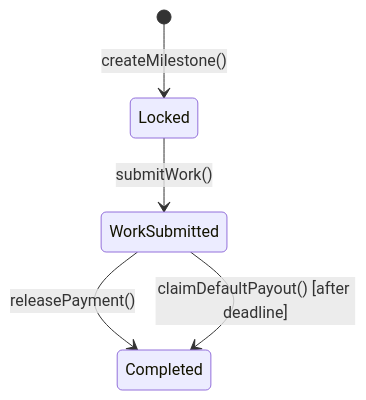
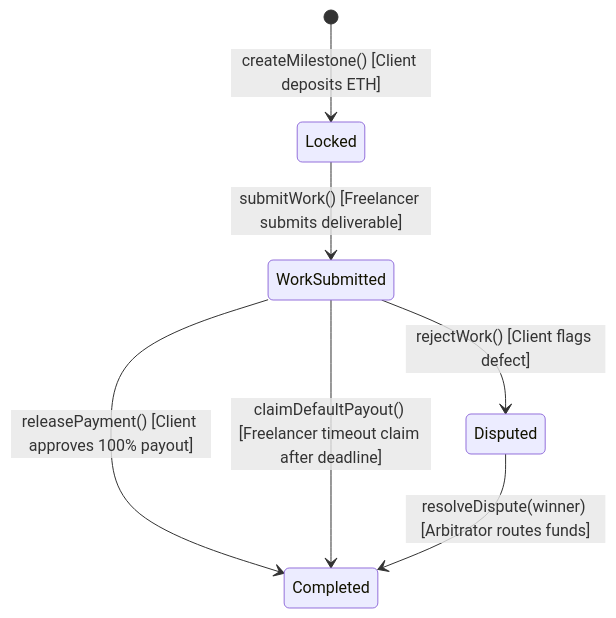
Before and after one commit to RITESH-RITU1/BlockchainProject: the diagram in README.md, drawn with Mermaid. The commit also changed other lines of this file and 60 other files, not shown here.

````diff
--- a/README.md
+++ b/README.md
@@ -17,7 +21,9 @@
 ```mermaid
 stateDiagram-v2
-    [*] --> Locked : createMilestone()
-    Locked --> WorkSubmitted : submitWork()
-    WorkSubmitted --> Completed : releasePayment()
-    WorkSubmitted --> Completed : claimDefaultPayout() [after deadline]
+    [*] --> Locked : createMilestone() [Client deposits ETH]
+    Locked --> WorkSubmitted : submitWork() [Freelancer submits deliverable]
+    WorkSubmitted --> Completed : releasePayment() [Client approves 100% payout]
+    WorkSubmitted --> Completed : claimDefaultPayout() [Freelancer timeout claim after deadline]
+    WorkSubmitted --> Disputed : rejectWork() [Client flags defect]
+    Disputed --> Completed : resolveDispute(winner) [Arbitrator routes funds]
 ```
````
